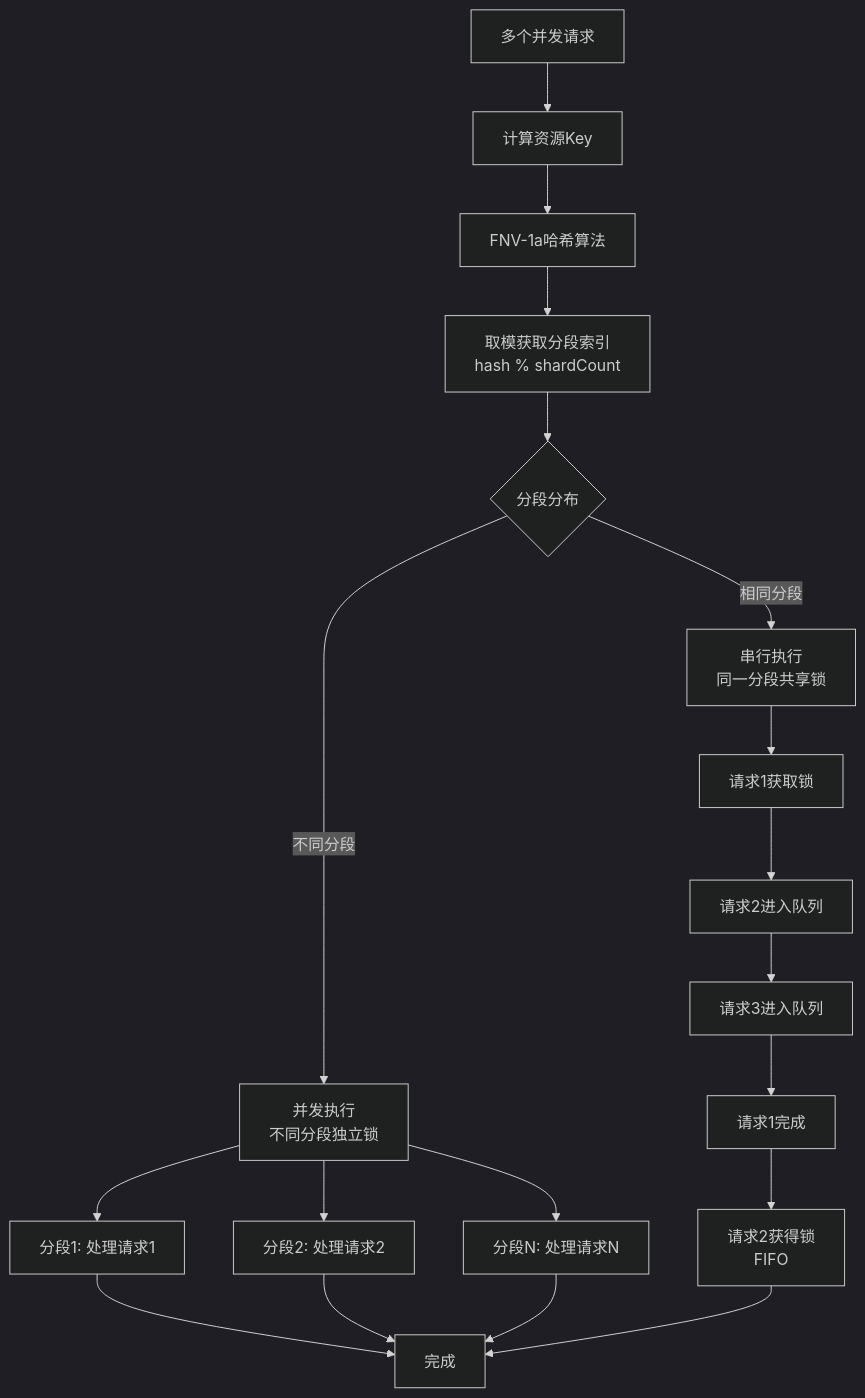
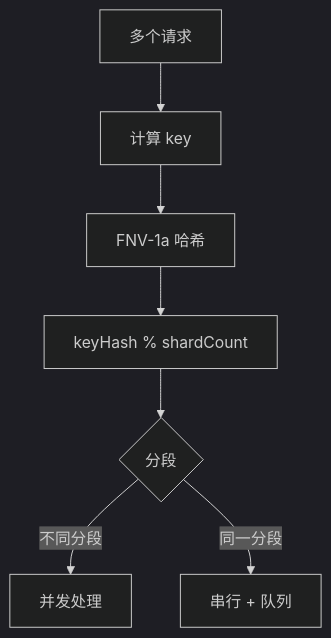
One commit to JieQii/distributed-lock changed the eighth of 11 diagrams in server/FLOWCHART.md. Above: the diagram before and after it, drawn with Mermaid (dark theme). The commit also changed other lines of this file and 5 other files, not shown here.

Commit message:
feat:update flowchart

````diff
--- a/server/FLOWCHART.md
+++ b/server/FLOWCHART.md
@@ -211,25 +135,9 @@
 ```mermaid
 flowchart TD
-    A[多个并发请求] --> B[计算资源Key]
-    B --> C[FNV-1a哈希算法]
-    C --> D[取模获取分段索引<br/>hash % shardCount]
-    
-    D --> E{分段分布}
-    E -->|不同分段| F[并发执行<br/>不同分段独立锁]
-    E -->|相同分段| G[串行执行<br/>同一分段共享锁]
-    
-    F --> H[分段1: 处理请求1]
-    F --> I[分段2: 处理请求2]
-    F --> J[分段N: 处理请求N]
-    
-    G --> K[请求1获取锁]
-    K --> L[请求2进入队列]
-    L --> M[请求3进入队列]
-    M --> N[请求1完成]
-    N --> O[请求2获得锁<br/>FIFO]
-    
-    H --> P[完成]
-    I --> P
-    J --> P
-    O --> P
+    A[多个请求] --> B[计算 key]
+    B --> C[FNV-1a 哈希]
+    C --> D[keyHash % shardCount]
+    D --> E{分段}
+    E -->|不同分段| F[并发处理]
+    E -->|同一分段| G[串行 + 队列]
 ```
````
